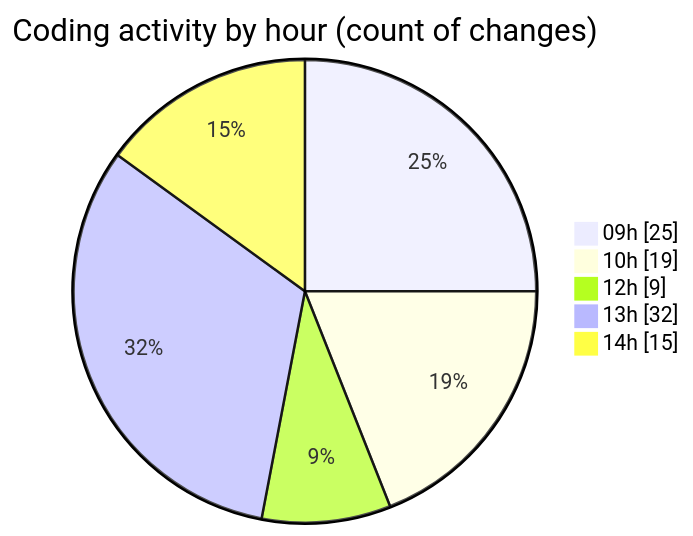
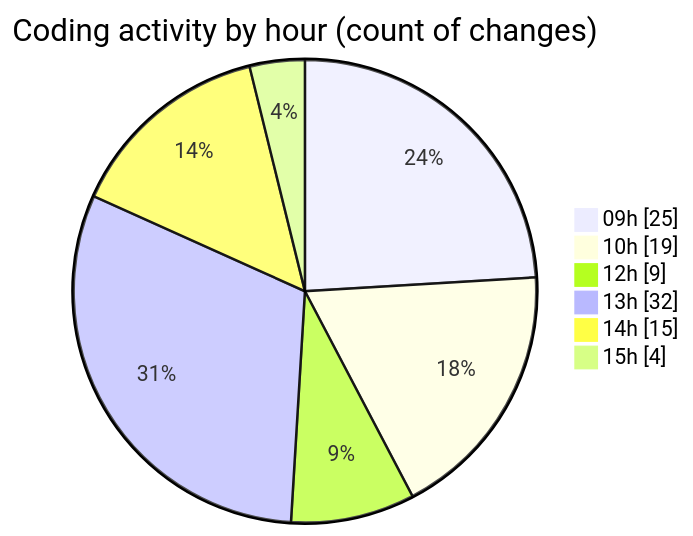
Before and after one commit to momahboobian/code-tracking: the second of 2 diagrams in 2025-08-19/cda/README.md, drawn with Mermaid. The commit also changed other lines of this file and 1 other file, not shown here.

````diff
--- a/2025-08-19/cda/README.md
+++ b/2025-08-19/cda/README.md
@@ -57,9 +57,10 @@
 ```mermaid
 pie showData
 title Coding activity by hour (count of changes)
 "09h" : 25
 "10h" : 19
 "12h" : 9
 "13h" : 32
 "14h" : 15
+"15h" : 4
 ```
````
